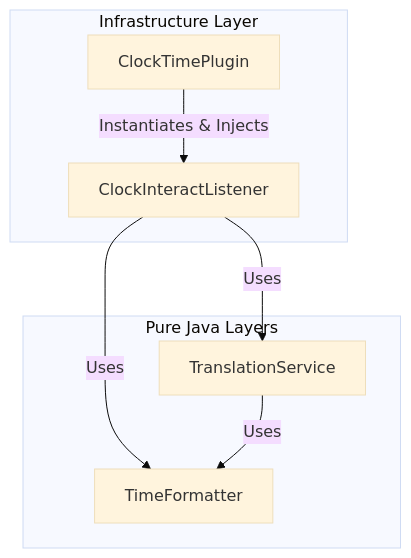
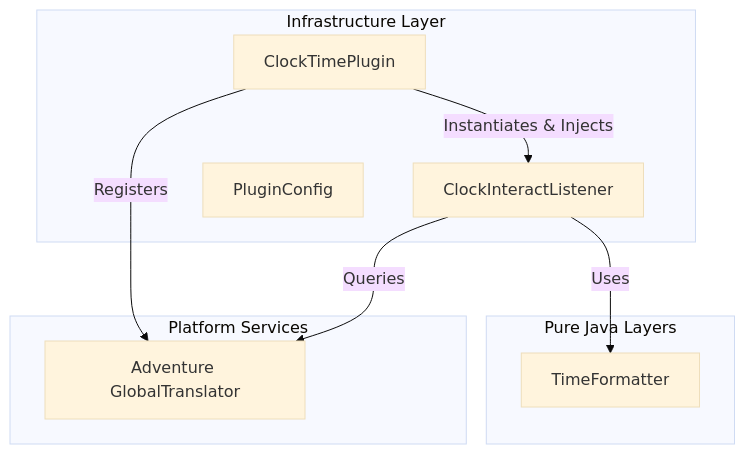
One commit to beduality/clock-gui changed the first of 2 diagrams in docs/architecture.md. Above: the diagram before and after it, drawn with Mermaid (base theme). The commit also changed other lines of this file and 5 other files, not shown here.

Commit message:
Refactor: adopt Adventure TranslationRegistry and update architectural documentation

````diff
--- a/docs/architecture.md
+++ b/docs/architecture.md
@@ -9,17 +9,21 @@
 ```mermaid
 graph TD
     subgraph Infrastructure [Infrastructure Layer]
         ClockTimePlugin[ClockTimePlugin]
         ClockInteractListener[ClockInteractListener]
+        PluginConfig[PluginConfig]
     end
 
     subgraph PureJava [Pure Java Layers]
-        TranslationService[TranslationService]
         TimeFormatter[TimeFormatter]
     end
 
+    subgraph Platform [Platform Services]
+        GlobalTranslator[Adventure GlobalTranslator]
+    end
+
+    ClockTimePlugin --> |Registers| GlobalTranslator
     ClockTimePlugin --> |Instantiates & Injects| ClockInteractListener
-    ClockInteractListener --> |Uses| TranslationService
     ClockInteractListener --> |Uses| TimeFormatter
-    TranslationService --> |Uses| TimeFormatter
+    ClockInteractListener --> |Queries| GlobalTranslator
 ```
````
